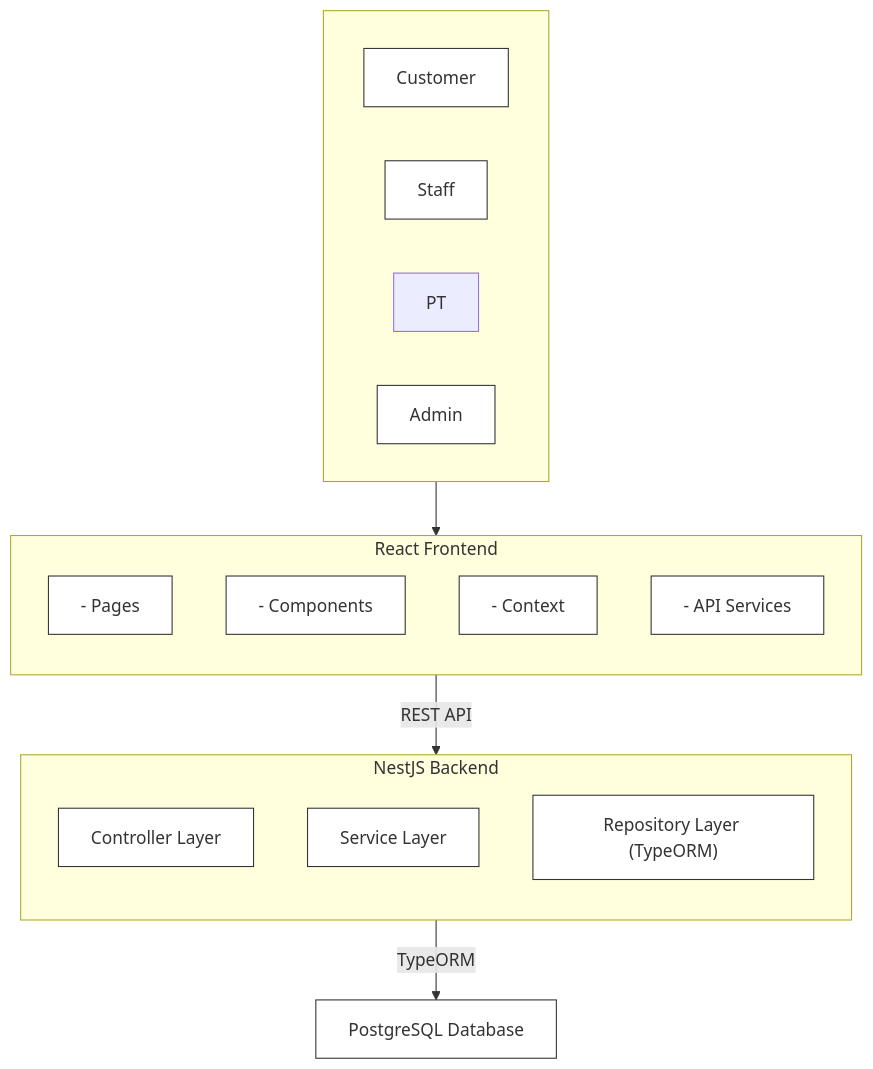
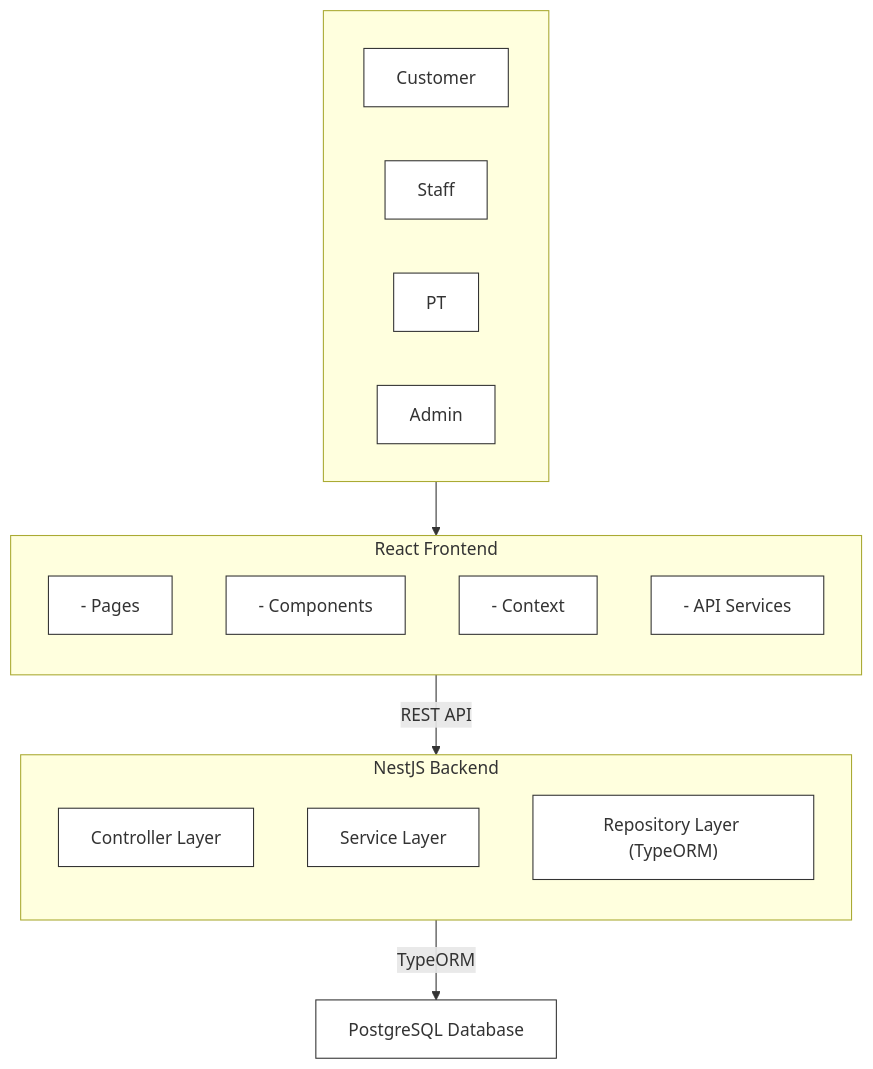
One commit to truntain/ITSS changed the diagram in LT.md. Above: the diagram before and after it, drawn with Mermaid. The commit also changed other lines of this file, not shown here.

Commit message:
Update LT.md: Change Company to PT in explanation

````diff
--- a/LT.md
+++ b/LT.md
@@ -133,43 +133,43 @@
 ```mermaid
 graph TD
     %% Định nghĩa Style để tối giản màu sắc giống slide
     classDef actorStyle fill:#ffffff,stroke:#333,stroke-width:1px;
     classDef boxStyle fill:#ffffff,stroke:#333,stroke-width:1px;
 
     %% Các Tác Nhân (Clients)
     subgraph Clients [" "]
         Customer["Customer"]
         Staff["Staff"]
         PT["PT"]
         Admin["Admin"]
     end
     
     %% React Frontend
     subgraph Frontend ["React Frontend"]
         direction TB
         Pages["- Pages"]
         Components["- Components"]
         Context["- Context"]
         APIServices["- API Services"]
     end
 
     %% NestJS Backend
     subgraph Backend ["NestJS Backend"]
         direction TB
         Controller["Controller Layer"]
         Service["Service Layer"]
         Repository["Repository Layer (TypeORM)"]
     end
 
     %% Database
     Database["PostgreSQL Database"]
 
     %% Liên Kết
     Clients --> Frontend
     Frontend -- "REST API" --> Backend
     Backend -- "TypeORM" --> Database
 
     %% Áp dụng Style
-    class Customer,Staff,Company,Admin actorStyle;
+    class Customer,Staff,PT,Admin actorStyle;
     class Pages,Components,Context,APIServices,Controller,Service,Repository,Database boxStyle;
 ```
````
